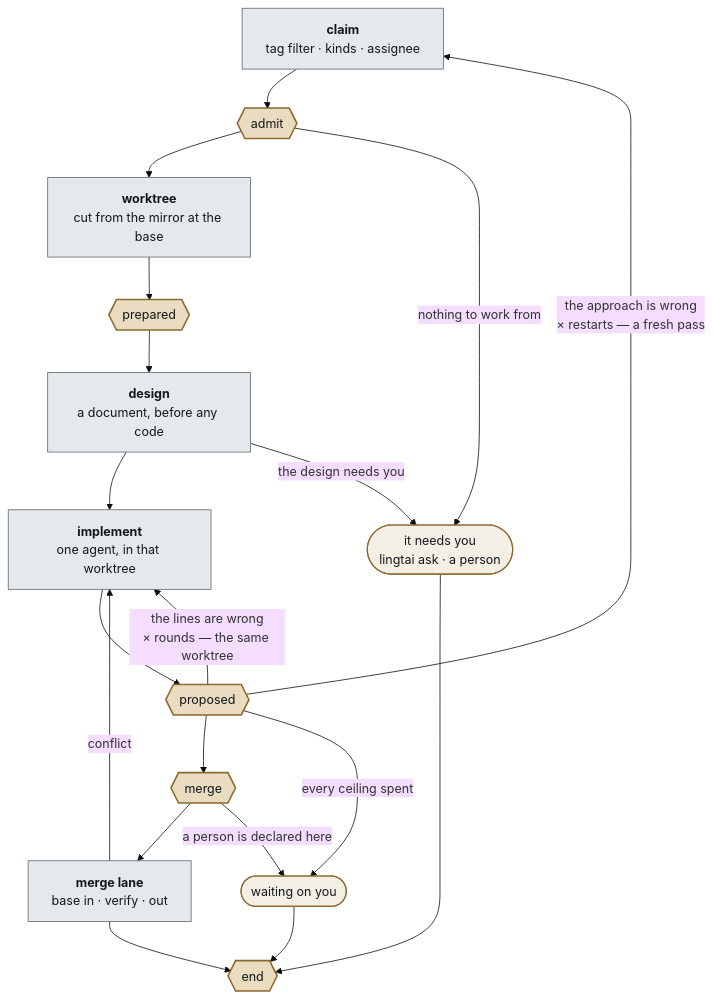
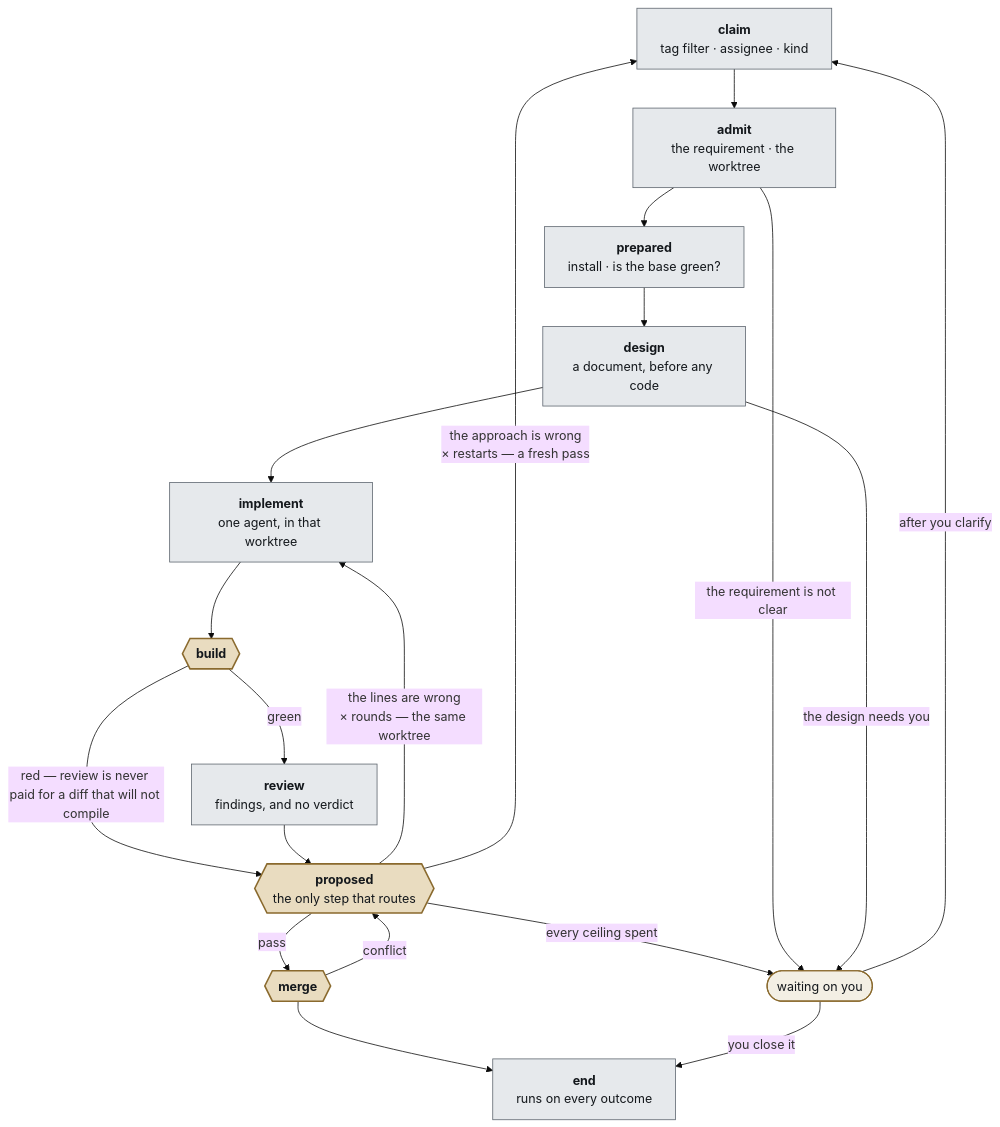
Before and after one commit to steven-zhc/lingtai: the diagram in doc/decisions/0058-lingtai-is-a-development-pipeline.md, drawn with Mermaid (base theme). The commit also changed other lines of this file and 1 other file, not shown here.

````diff
--- a/doc/decisions/0058-lingtai-is-a-development-pipeline.md
+++ b/doc/decisions/0058-lingtai-is-a-development-pipeline.md
@@ -143,43 +194,37 @@
 ```mermaid
 flowchart TB
-  CL["<b>claim</b><br/>tag filter · kinds · assignee"]
-  AD{{admit}}
-  WT["<b>worktree</b><br/>cut from the mirror at the base"]
-  PR{{prepared}}
+  CL["<b>claim</b><br/>tag filter · assignee · kind"]
+  AD["<b>admit</b><br/>the requirement · the worktree"]
+  PR["<b>prepared</b><br/>install · is the base green?"]
   DS["<b>design</b><br/>a document, before any code"]
   IM["<b>implement</b><br/>one agent, in that worktree"]
-  PO{{proposed}}
-  MG{{merge}}
-  ML["<b>merge lane</b><br/>base in · verify · out"]
-  EN{{end}}
-  ASK(["it needs you<br/>lingtai ask · a person"])
-  YOU(["waiting on you"])
+  BU{{"<b>build</b>"}}
+  RV["<b>review</b><br/>findings, and no verdict"]
+  PO{{"<b>proposed</b><br/>the only step that routes"}}
+  MG{{"<b>merge</b>"}}
+  EN["<b>end</b><br/>runs on every outcome"]
+  WA(["waiting on you"])
 
-  CL --> AD
-  AD --> WT
-  AD -->|"nothing to work from"| ASK
-  WT --> PR
-  PR --> DS
-  DS --> IM
-  DS -->|"the design needs you"| ASK
-  IM --> PO
-  PO --> MG
-  MG --> ML
-  ML --> EN
+  CL --> AD --> PR --> DS --> IM --> BU
+  BU -->|"green"| RV
+  BU -->|"red — review is never paid for a diff that will not compile"| PO
+  RV --> PO
+  PO -->|"pass"| MG
+  MG --> EN
+  MG -->|"conflict"| PO
 
   PO -->|"the lines are wrong<br/>× rounds — the same worktree"| IM
   PO -->|"the approach is wrong<br/>× restarts — a fresh pass"| CL
-  PO -->|"every ceiling spent"| YOU
-  MG -->|"a person is declared here"| YOU
-  ML -->|"conflict"| IM
-
-  YOU --> EN
-  ASK --> EN
+  PO -->|"every ceiling spent"| WA
+  AD -->|"the requirement is not clear"| WA
+  DS -->|"the design needs you"| WA
+  WA -->|"after you clarify"| CL
+  WA -->|"you close it"| EN
 
   classDef gate fill:#e9dcc0,stroke:#8a6a2e,stroke-width:2px,color:#14181c;
   classDef core fill:#e6e9ec,stroke:#5c646d,color:#14181c;
   classDef back fill:#f3efe4,stroke:#8a6a2e,stroke-width:1.5px,color:#14181c;
-  class AD,PR,PO,MG,EN gate;
-  class CL,WT,DS,IM,ML core;
-  class ASK,YOU back;
+  class BU,PO,MG gate;
+  class CL,AD,PR,DS,IM,RV,EN core;
+  class WA back;
 ```
````
